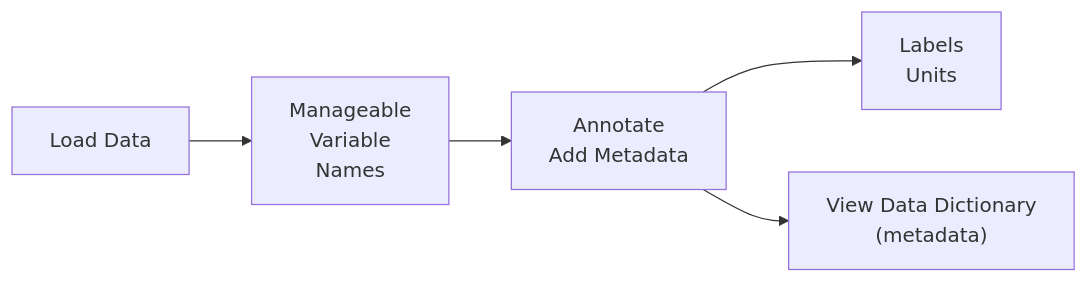
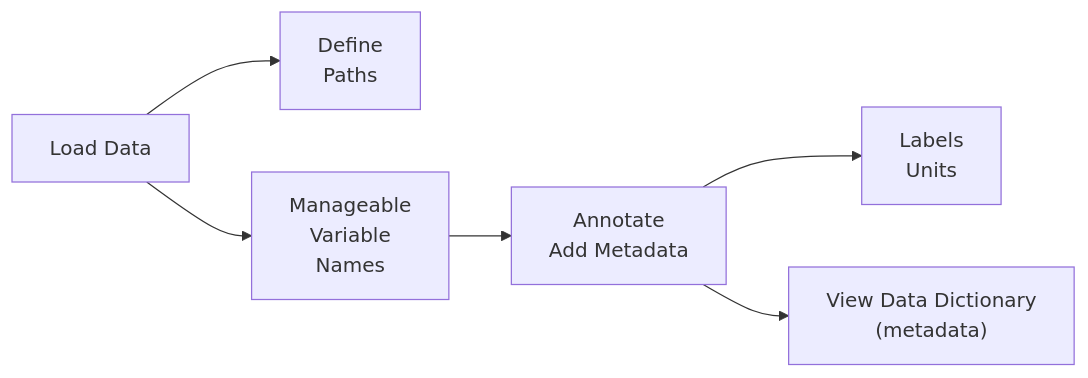
The diagram in inst/report/load_data.qmd (sepmein/snt), drawn with Mermaid before and after one commit. The commit also changed other lines of this file and 22 other files, not shown here.

````diff
--- a/inst/report/load_data.qmd
+++ b/inst/report/load_data.qmd
@@ -16,6 +16,7 @@
 ```{mermaid}
 flowchart LR
-Ld[Load Data] --> vn[Manageable<br>Variable<br>Names] --> An[Annotate<br>Add Metadata]
+Ld[Load Data] --> Dp[Define<br>Paths]
+Ld --> vn[Manageable<br>Variable<br>Names] --> An[Annotate<br>Add Metadata]
 An --> lu[Labels<br>Units]
 An --> V["View Data Dictionary<br>(metadata)"]
 ```
````
